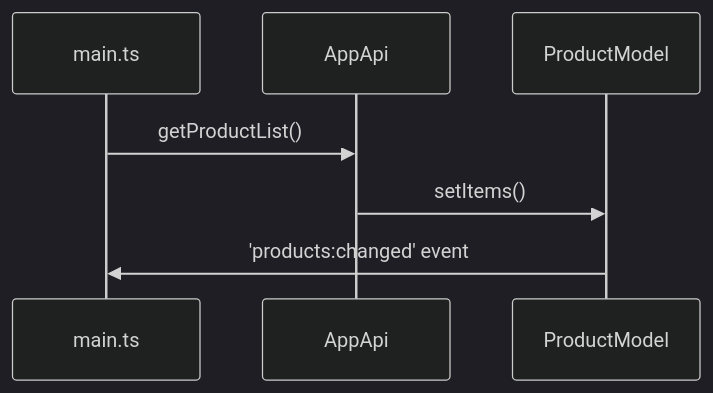
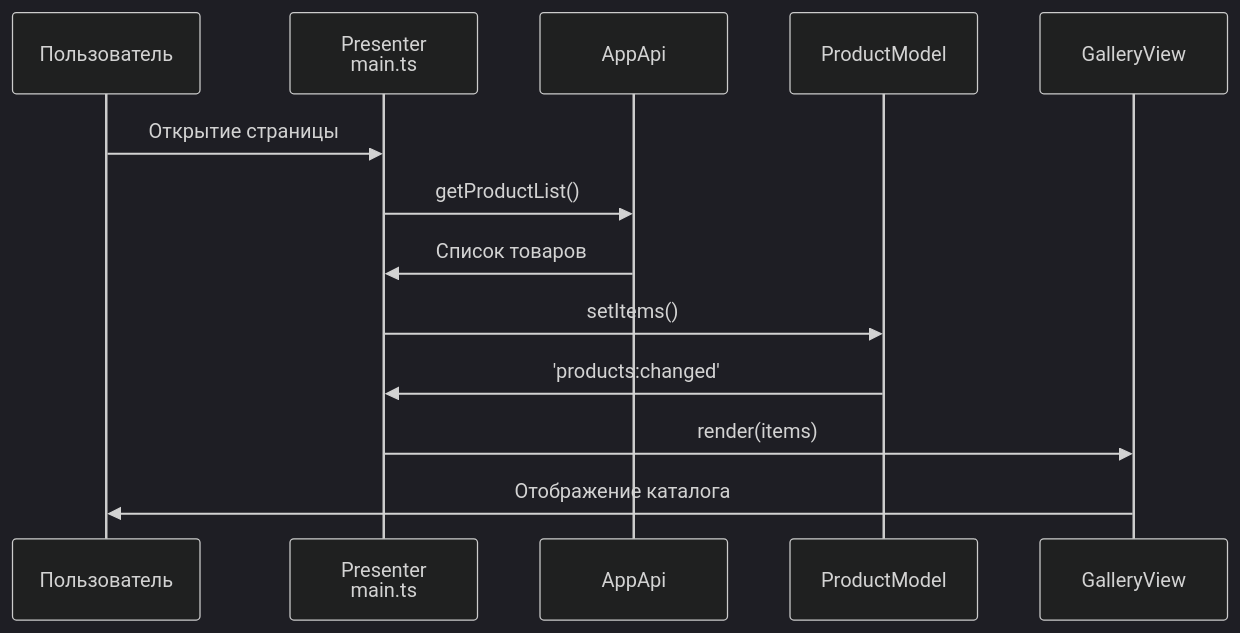
The second of 5 diagrams in README.md (p-nastasiya/weblarek), drawn with Mermaid (dark theme) before and after one commit. The commit also changed other lines of this file and 18 other files, not shown here.

````diff
--- a/README.md
+++ b/README.md
@@ -446,10 +461,16 @@
 ```mermaid
 sequenceDiagram
-    participant M as main.ts
-    participant A as AppApi
+    participant U as Пользователь
+    participant P as Presenter<br/>main.ts
+    participant API as AppApi
     participant PM as ProductModel
+    participant GV as GalleryView
     
-    M->>A: getProductList()
-    A->>PM: setItems()
-    PM->>M: 'products:changed' event
+    U->>P: Открытие страницы
+    P->>API: getProductList()
+    API->>P: Список товаров
+    P->>PM: setItems()
+    PM->>P: 'products:changed'
+    P->>GV: render(items)
+    GV->>U: Отображение каталога
 ```
````
